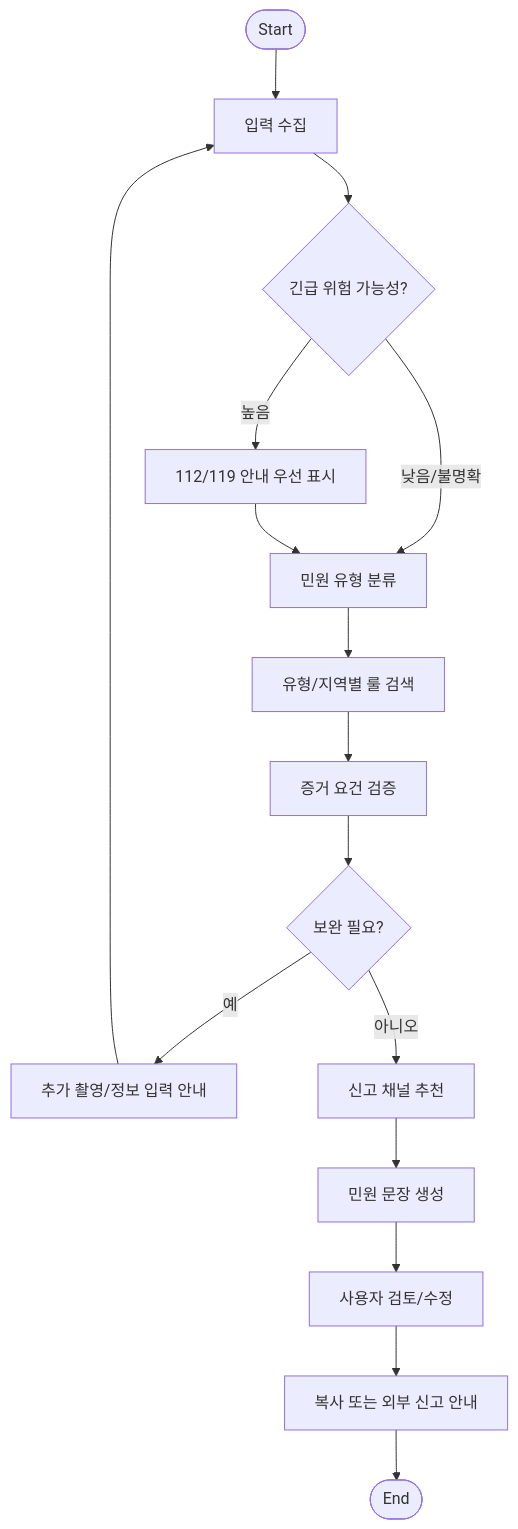
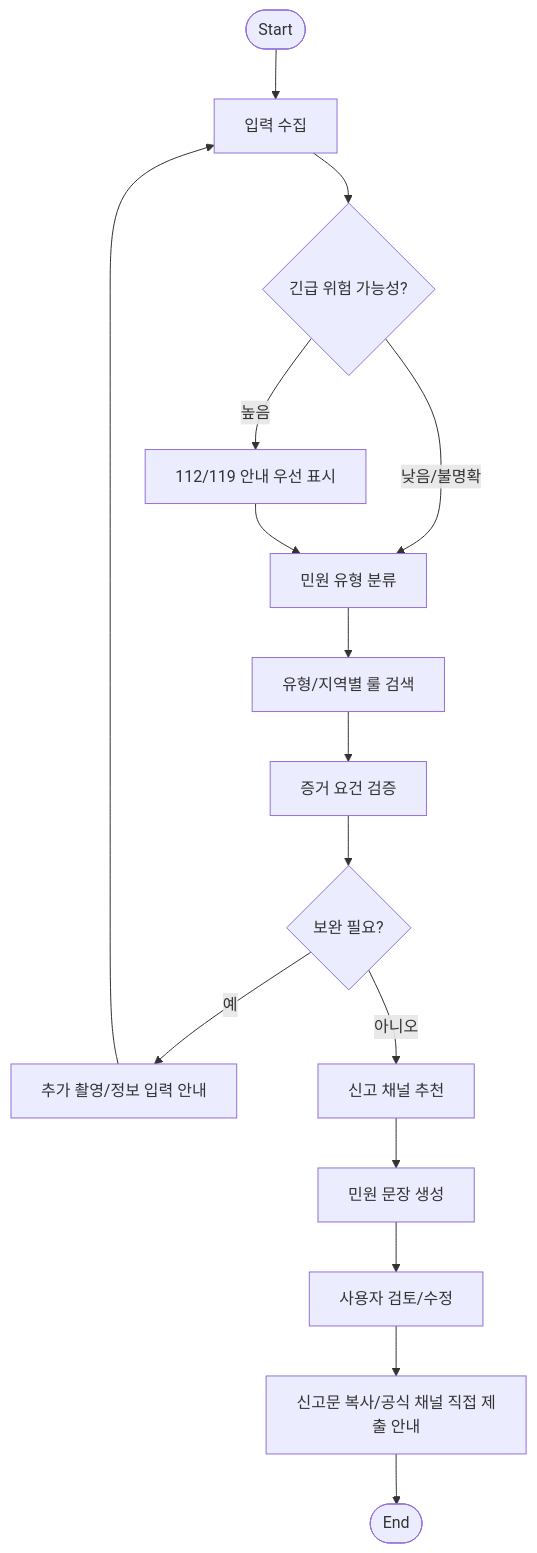
One commit to Sungblab/civic_copilot_ad_project changed the seventh of 7 diagrams in planning/civic_copilot_development_plan.md. Above: the diagram before and after it, drawn with Mermaid. The commit also changed other lines of this file and 47 other files, not shown here.

````diff
--- a/planning/civic_copilot_development_plan.md
+++ b/planning/civic_copilot_development_plan.md
@@ -1363,18 +1386,18 @@
 ```mermaid
 flowchart TD
     START([Start]) --> INPUT[입력 수집]
     INPUT --> SAFETY{긴급 위험 가능성?}
     SAFETY -->|높음| EMERGENCY[112/119 안내 우선 표시]
     SAFETY -->|낮음/불명확| CLASSIFY[민원 유형 분류]
     EMERGENCY --> CLASSIFY
     CLASSIFY --> RULES[유형/지역별 룰 검색]
     RULES --> VERIFY[증거 요건 검증]
     VERIFY --> NEEDS{보완 필요?}
     NEEDS -->|예| GUIDE[추가 촬영/정보 입력 안내]
     GUIDE --> INPUT
     NEEDS -->|아니오| ROUTE[신고 채널 추천]
     ROUTE --> DRAFT[민원 문장 생성]
     DRAFT --> REVIEW[사용자 검토/수정]
-    REVIEW --> EXPORT[복사 또는 외부 신고 안내]
+    REVIEW --> EXPORT[신고문 복사/공식 채널 직접 제출 안내]
     EXPORT --> END([End])
 ```
````
